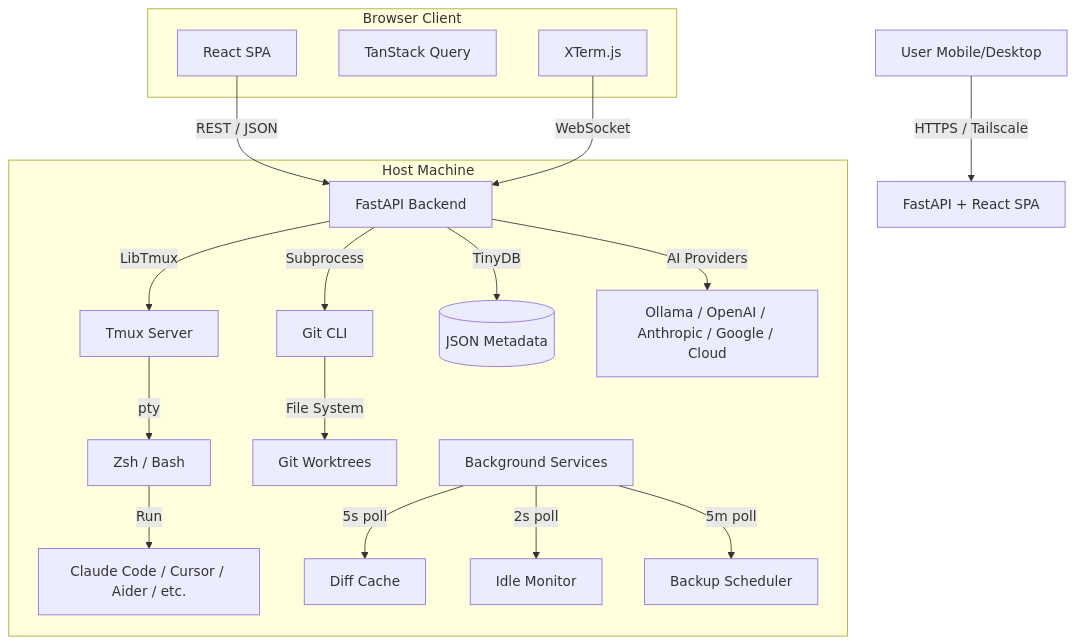
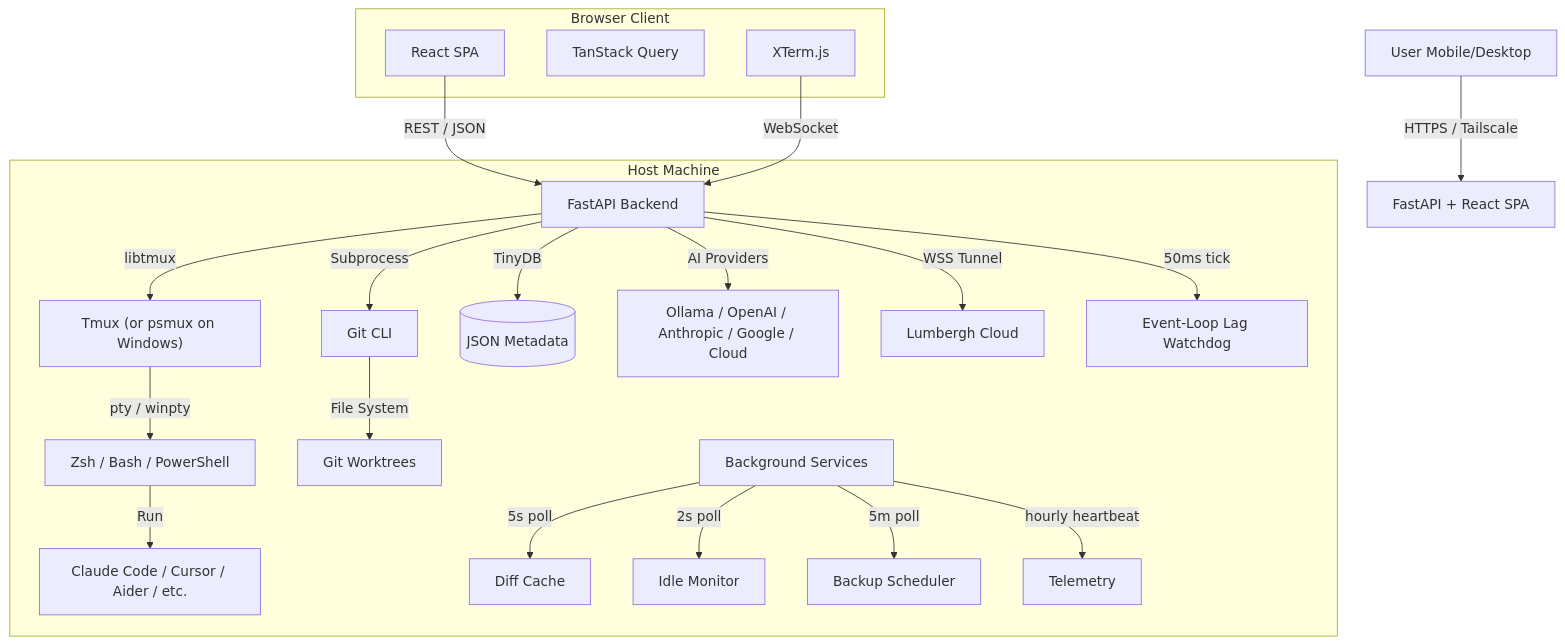
One commit to voglster/lumbergh changed the diagram in docs-src/architecture.md. Above: the diagram before and after it, drawn with Mermaid. The commit also changed other lines of this file and 13 other files, not shown here.

````diff
--- a/docs-src/architecture.md
+++ b/docs-src/architecture.md
@@ -7,30 +7,33 @@
 ```mermaid
 graph TD
     User[User Mobile/Desktop] -->|HTTPS / Tailscale| App[FastAPI + React SPA]
 
     subgraph Host Machine
-        API[FastAPI Backend] -->|LibTmux| Tmux[Tmux Server]
+        API[FastAPI Backend] -->|libtmux| Tmux["Tmux (or psmux on Windows)"]
         API -->|Subprocess| Git[Git CLI]
         API -->|TinyDB| DB[(JSON Metadata)]
         API -->|AI Providers| AI[Ollama / OpenAI / Anthropic / Google / Cloud]
+        API -->|WSS Tunnel| Cloud[Lumbergh Cloud]
 
-        Tmux -->|pty| Shell[Zsh / Bash]
+        Tmux -->|pty / winpty| Shell[Zsh / Bash / PowerShell]
         Shell -->|Run| Claude[Claude Code / Cursor / Aider / etc.]
 
         Git -->|File System| Worktrees[Git Worktrees]
 
         BG[Background Services]
         BG -->|5s poll| DiffCache[Diff Cache]
         BG -->|2s poll| IdleMonitor[Idle Monitor]
         BG -->|5m poll| BackupSched[Backup Scheduler]
+        BG -->|hourly heartbeat| Telemetry[Telemetry]
+        API -->|50ms tick| Lag[Event-Loop Lag Watchdog]
     end
 
     subgraph Browser Client
         React[React SPA]
         Store[TanStack Query]
         Term[XTerm.js]
     end
 
     React -->|REST / JSON| API
     Term -->|WebSocket| API
 ```
````
